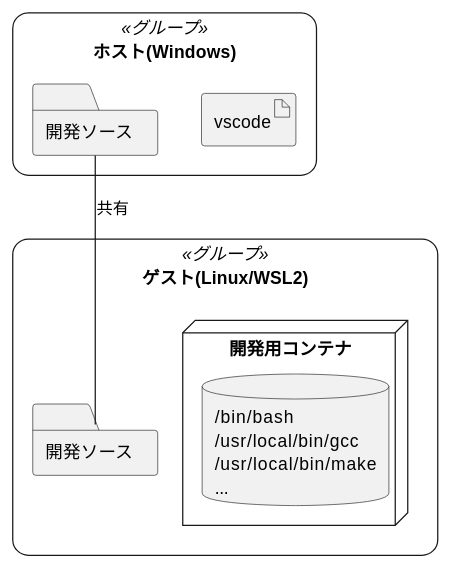
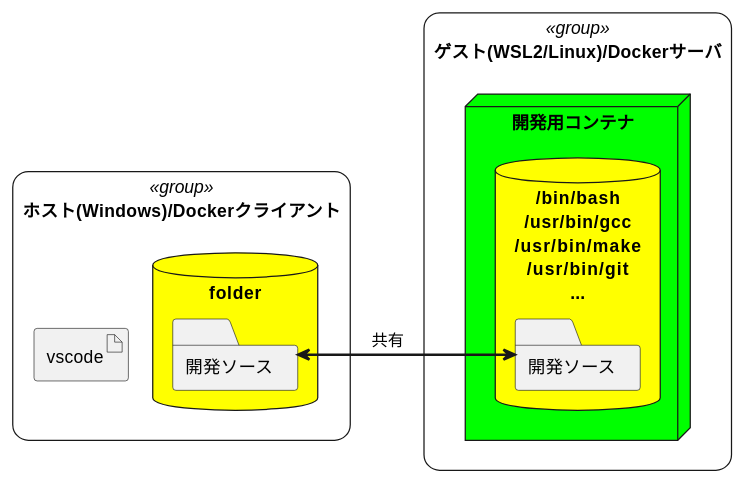
One commit to team-presentation-N/presentation changed the diagram in yoshikubo/how_to_make_development_environment_by_container.md. Above: the diagram before and after it, drawn with PlantUML. The commit also changed other lines of this file, not shown here.

Commit message:
modify document

````diff
--- a/yoshikubo/how_to_make_development_environment_by_container.md
+++ b/yoshikubo/how_to_make_development_environment_by_container.md
@@ -65,21 +5,23 @@
 ```plantuml
 skinparam rectangle {
-    roundCorner<<グループ>> 25
+    roundCorner<<group>> 25
 }
 
-rectangle "ホスト(Windows)" <<グループ>> {
-  artifact "vscode"
-  folder "開発ソース" as src1
+rectangle "ホスト(Windows)/Dockerクライアント" <<group>> {
+  artifact "vscode" as vscode
+  database "folder" #FFFF00 {
+    folder "開発ソース" as src1
+  }
 }
 
-
-rectangle "ゲスト(Linux/WSL2)" <<グループ>> {
-  node "開発用コンテナ" {
-      database "/bin/bash\n/usr/local/bin/gcc\n/usr/local/bin/make\n..."
+rectangle "ゲスト(WSL2/Linux)/Dockerサーバ" <<group>> {
+  node "開発用コンテナ" as develop #00FF00 {
+      database "/bin/bash\n/usr/bin/gcc\n/usr/bin/make\n/usr/bin/git\n..." #FFFF00 {
+        folder "開発ソース" as src2
+      }
   }
-  folder "開発ソース" as src2
 }
 
-src1 -- src2: 共有
+src1 <=right=> src2: "            共有                     "
 
 ```
````
